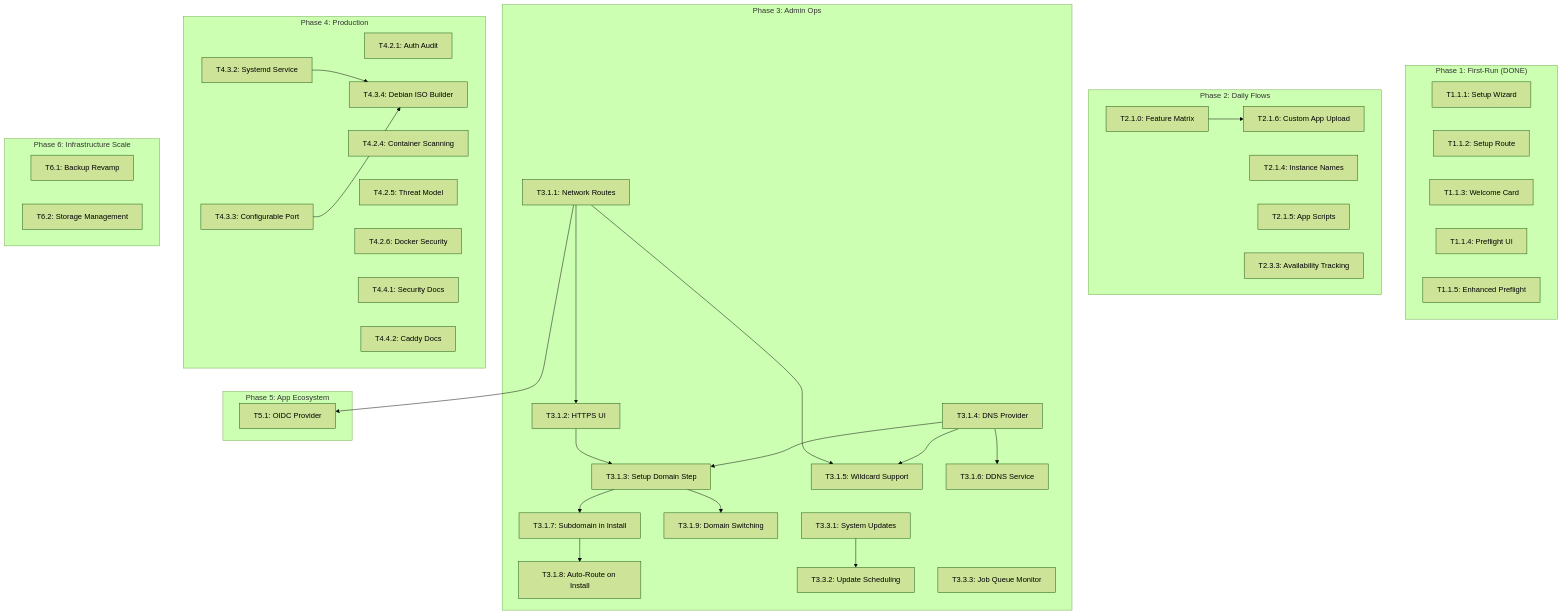
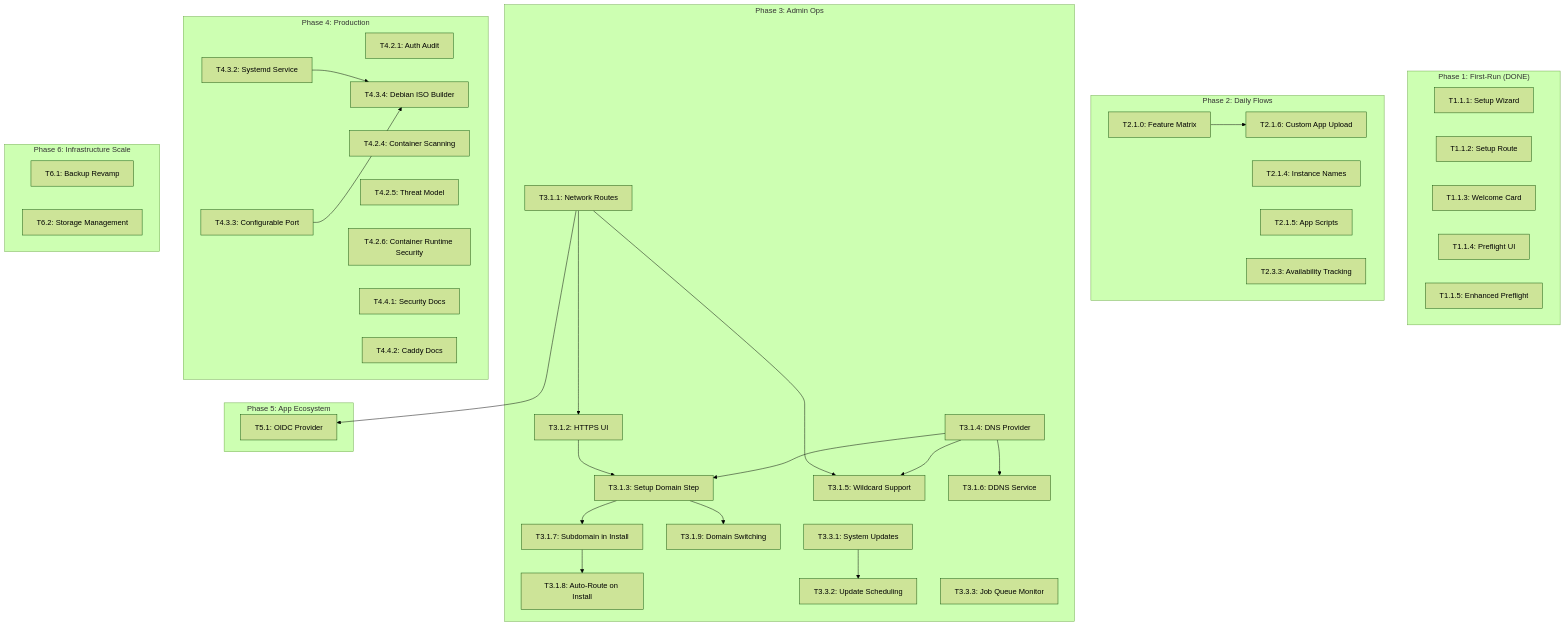
The diagram in ROADMAP.md (LibreLoom/LibreServ), drawn with Mermaid (forest theme) before and after one commit. The commit also changed other lines of this file and 64 other files, not shown here.

First line of the commit message:
feat(runtime): migrate all container operations from Docker to Podman

````diff
--- a/ROADMAP.md
+++ b/ROADMAP.md
@@ -1136,69 +1136,69 @@
 ```mermaid
 flowchart TB
     subgraph P1["Phase 1: First-Run (DONE)"]
         T111[T1.1.1: Setup Wizard]
         T112[T1.1.2: Setup Route]
         T113[T1.1.3: Welcome Card]
         T114[T1.1.4: Preflight UI]
         T115[T1.1.5: Enhanced Preflight]
     end
 
     subgraph P2["Phase 2: Daily Flows"]
         T210[T2.1.0: Feature Matrix]
         T214[T2.1.4: Instance Names]
         T215[T2.1.5: App Scripts]
         T216[T2.1.6: Custom App Upload]
         T233[T2.3.3: Availability Tracking]
     end
 
     subgraph P3["Phase 3: Admin Ops"]
         T311[T3.1.1: Network Routes]
         T312[T3.1.2: HTTPS UI]
         T314[T3.1.4: DNS Provider]
         T313[T3.1.3: Setup Domain Step]
         T315[T3.1.5: Wildcard Support]
         T316[T3.1.6: DDNS Service]
         T317[T3.1.7: Subdomain in Install]
         T318[T3.1.8: Auto-Route on Install]
         T319[T3.1.9: Domain Switching]
         T331[T3.3.1: System Updates]
         T332[T3.3.2: Update Scheduling]
         T333[T3.3.3: Job Queue Monitor]
     end
 
     subgraph P4["Phase 4: Production"]
         T421[T4.2.1: Auth Audit]
         T424[T4.2.4: Container Scanning]
         T425[T4.2.5: Threat Model]
-        T426[T4.2.6: Docker Security]
+        T426[T4.2.6: Container Runtime Security]
         T432[T4.3.2: Systemd Service]
         T433[T4.3.3: Configurable Port]
         T434[T4.3.4: Debian ISO Builder]
         T441[T4.4.1: Security Docs]
         T442[T4.4.2: Caddy Docs]
     end
 
     subgraph P5["Phase 5: App Ecosystem"]
         T51[T5.1: OIDC Provider]
     end
 
     subgraph P6["Phase 6: Infrastructure Scale"]
         T61[T6.1: Backup Revamp]
         T62[T6.2: Storage Management]
     end
 
     T210 --> T216
     T311 --> T312
     T311 --> T315
     T312 --> T313
     T314 --> T315
     T314 --> T316
     T314 --> T313
     T313 --> T317
     T317 --> T318
     T313 --> T319
     T311 --> T51
     T331 --> T332
     T432 --> T434
     T433 --> T434
 ```
````
